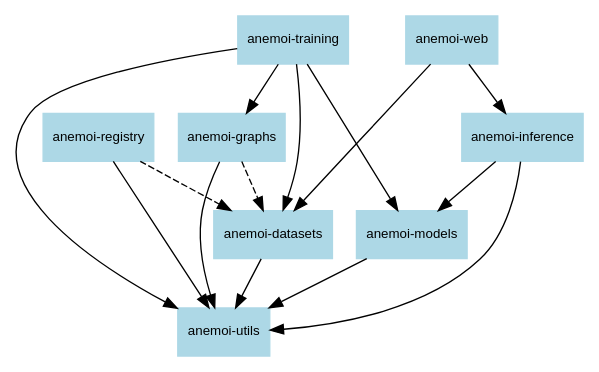
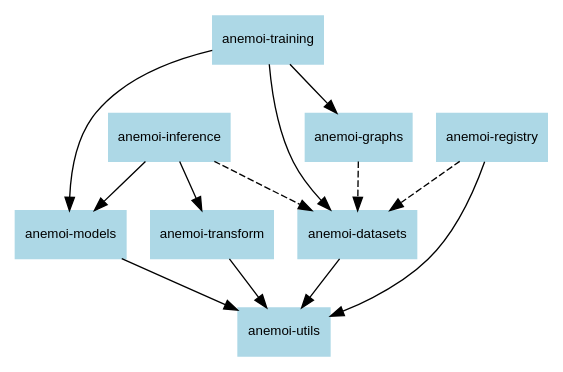
The diagram in docs/schemas/dependencies.dot (ecmwf/anemoi-docs), drawn with Graphviz before and after one commit.

Commit message:
update graph

```diff
--- a/docs/schemas/dependencies.dot
+++ b/docs/schemas/dependencies.dot
@@ -1,22 +1,27 @@
 digraph {
 
     node [shape=record, fontname=Arial, fontsize=10,
         style=filled, color=lightblue];
     edge [fontname=Arial, fontsize=10];
 
 
     "anemoi-datasets" -> "anemoi-utils";
+    "anemoi-graphs" -> "anemoi-datasets" [style=dashed];
+    "anemoi-inference" -> "anemoi-datasets" [style=dashed];
+    "anemoi-inference" -> "anemoi-models";
+    "anemoi-inference" -> "anemoi-transform";
+    "anemoi-models" -> "anemoi-utils";
+    "anemoi-registry" -> "anemoi-datasets" [style=dashed];
+    // "anemoi-registry" -> "anemoi-transform" [style=dashed];
     "anemoi-registry" -> "anemoi-utils";
+    "anemoi-training" -> "anemoi-datasets";
     "anemoi-training" -> "anemoi-graphs";
-    "anemoi-graphs" -> "anemoi-utils";
+    "anemoi-transform" -> "anemoi-utils";
+    // "anemoi-graphs" -> "anemoi-utils";
+    // "anemoi-inference" -> "anemoi-utils";
     "anemoi-training" -> "anemoi-models";
-    "anemoi-models" -> "anemoi-utils";
-    "anemoi-training" -> "anemoi-datasets";
-    "anemoi-training" -> "anemoi-utils";
-    "anemoi-inference" -> "anemoi-models";
-    "anemoi-inference" -> "anemoi-utils";
-    "anemoi-web" -> "anemoi-inference";
-    "anemoi-web" -> "anemoi-datasets";
-    "anemoi-registry" -> "anemoi-datasets" [style=dashed];
-    "anemoi-graphs" -> "anemoi-datasets" [style=dashed];
+    // "anemoi-training" -> "anemoi-utils";
+    // "anemoi-web" -> "anemoi-datasets";
+    // "anemoi-web" -> "anemoi-inference";
+
 }
```
